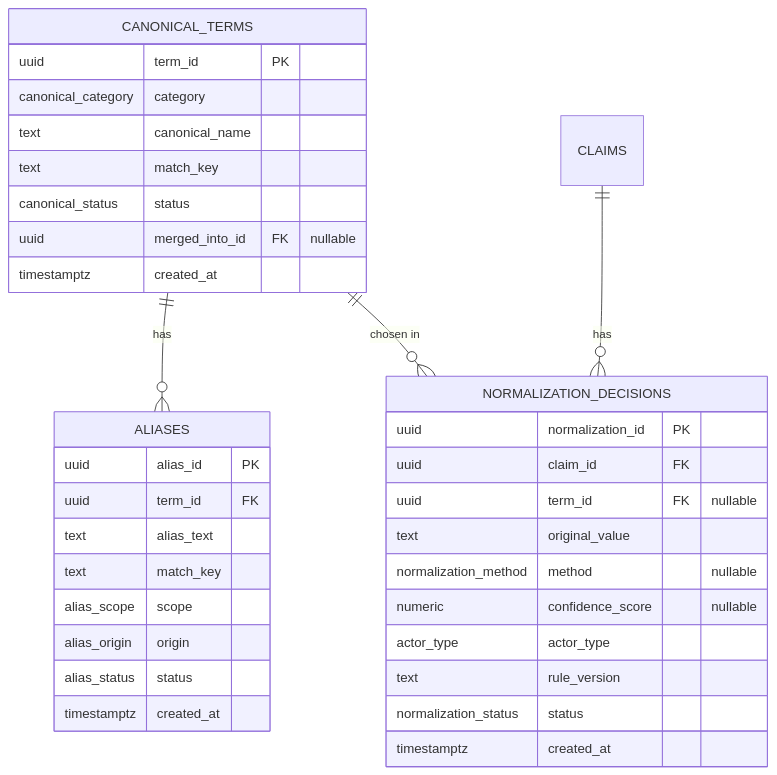
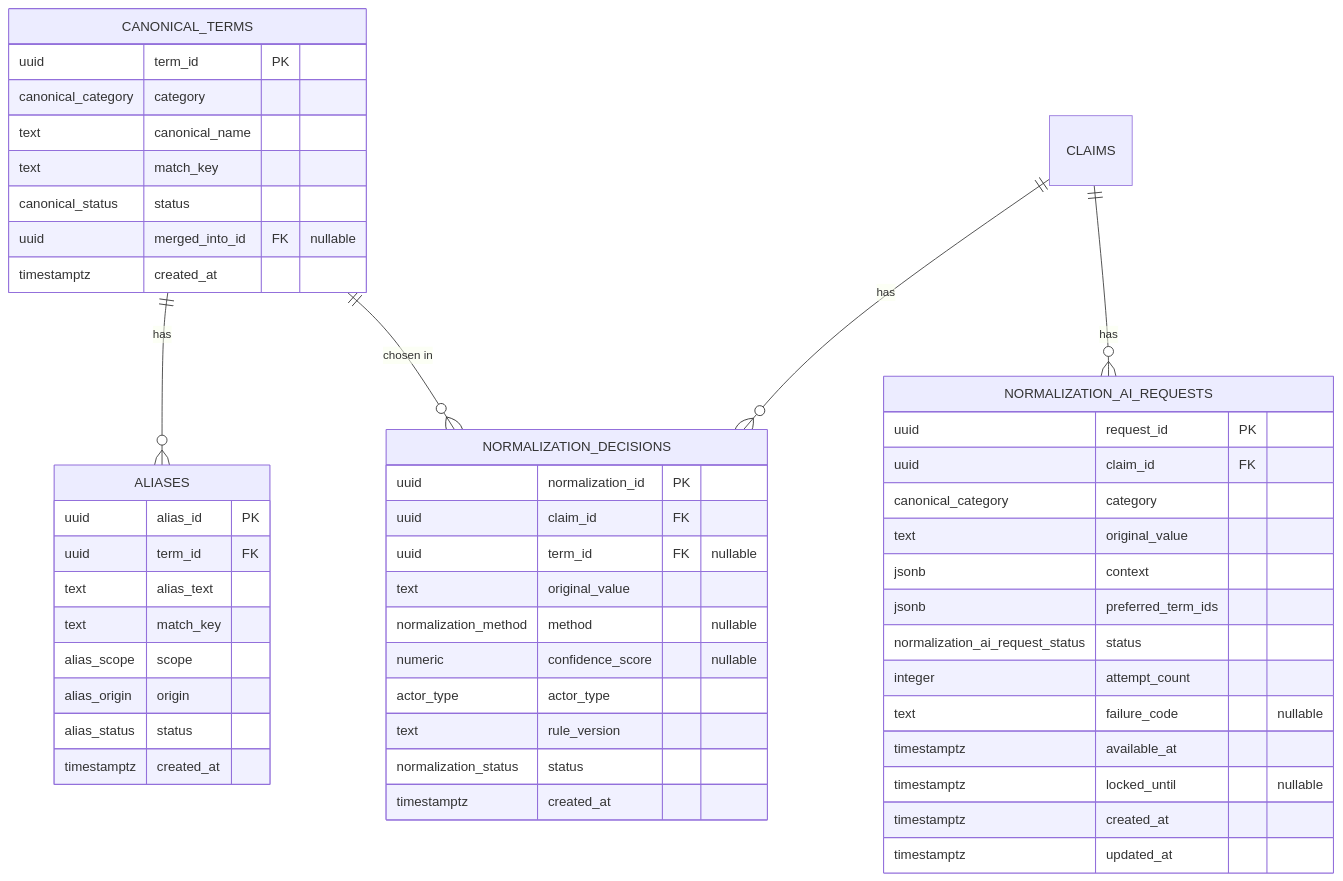
The second of 3 diagrams in docs/modules/normalization.md (cv-parser-team/Backend), drawn with Mermaid before and after one commit. The commit also changed other lines of this file and 3 other files, not shown here.

````diff
--- a/docs/modules/normalization.md
+++ b/docs/modules/normalization.md
@@ -67,38 +176,54 @@
 ```mermaid
 erDiagram
     CANONICAL_TERMS ||--o{ ALIASES : "has"
     CANONICAL_TERMS ||--o{ NORMALIZATION_DECISIONS : "chosen in"
     CLAIMS ||--o{ NORMALIZATION_DECISIONS : "has"
+    CLAIMS ||--o{ NORMALIZATION_AI_REQUESTS : "has"
 
     CANONICAL_TERMS {
         uuid term_id PK
         canonical_category category
         text canonical_name
         text match_key
         canonical_status status
         uuid merged_into_id FK "nullable"
         timestamptz created_at
     }
     ALIASES {
         uuid alias_id PK
         uuid term_id FK
         text alias_text
         text match_key
         alias_scope scope
         alias_origin origin
         alias_status status
         timestamptz created_at
     }
     NORMALIZATION_DECISIONS {
         uuid normalization_id PK
         uuid claim_id FK
         uuid term_id FK "nullable"
         text original_value
         normalization_method method "nullable"
         numeric confidence_score "nullable"
         actor_type actor_type
         text rule_version
         normalization_status status
         timestamptz created_at
     }
+    NORMALIZATION_AI_REQUESTS {
+        uuid request_id PK
+        uuid claim_id FK
+        canonical_category category
+        text original_value
+        jsonb context
+        jsonb preferred_term_ids
+        normalization_ai_request_status status
+        integer attempt_count
+        text failure_code "nullable"
+        timestamptz available_at
+        timestamptz locked_until "nullable"
+        timestamptz created_at
+        timestamptz updated_at
+    }
 ```
````
